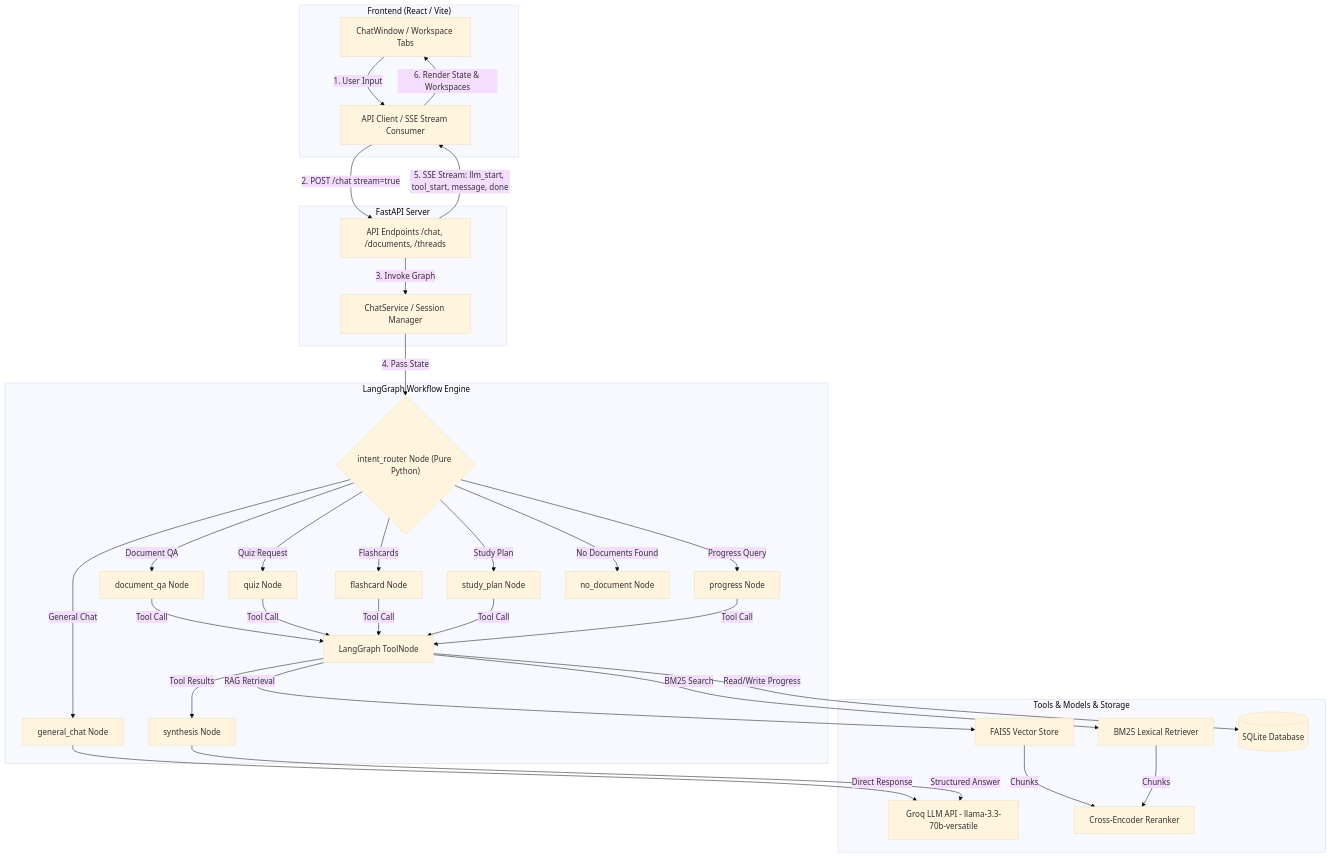
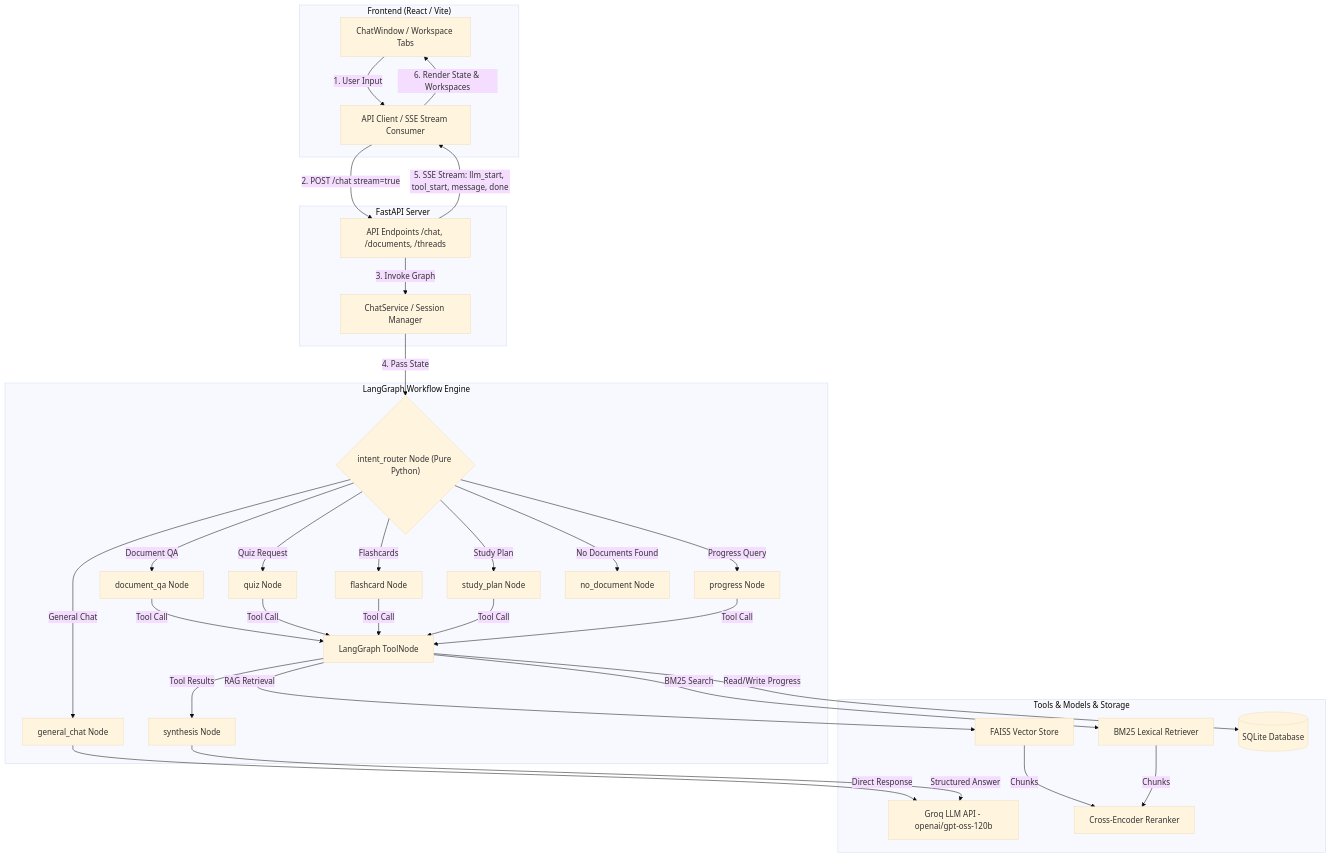
One commit to KeerthiSingamsetti/ai-study-companion changed the first of 4 diagrams in PROJECT_ARCHITECTURE.md. Above: the diagram before and after it, drawn with Mermaid (base theme). The commit also changed other lines of this file and 74 other files, not shown here.

````diff
--- a/PROJECT_ARCHITECTURE.md
+++ b/PROJECT_ARCHITECTURE.md
@@ -41,66 +41,66 @@
 ```mermaid
 flowchart TD
     subgraph Client ["Frontend (React / Vite)"]
         UI[ChatWindow / Workspace Tabs]
         ClientAPI[API Client / SSE Stream Consumer]
     end
 
     subgraph Backend ["FastAPI Server"]
         Router[API Endpoints /chat, /documents, /threads]
         ChatService[ChatService / Session Manager]
     end
 
     subgraph Graph ["LangGraph Workflow Engine"]
         IntentRouter{"intent_router Node (Pure Python)"}
         
         BranchGeneral[general_chat Node]
         BranchDoc[document_qa Node]
         BranchQuiz[quiz Node]
         BranchFlash[flashcard Node]
         BranchPlan[study_plan Node]
         BranchProg[progress Node]
         BranchNoDoc[no_document Node]
 
         ToolNode[LangGraph ToolNode]
         Synthesis[synthesis Node]
     end
 
     subgraph External ["Tools & Models & Storage"]
-        Groq[Groq LLM API - llama-3.3-70b-versatile]
+        Groq[Groq LLM API - openai/gpt-oss-120b]
         FAISS[FAISS Vector Store]
         BM25[BM25 Lexical Retriever]
         Reranker[Cross-Encoder Reranker]
         DB[(SQLite Database)]
     end
 
     UI -->|1. User Input| ClientAPI
     ClientAPI -->|2. POST /chat stream=true| Router
     Router -->|3. Invoke Graph| ChatService
     ChatService -->|4. Pass State| IntentRouter
 
     IntentRouter -->|General Chat| BranchGeneral
     IntentRouter -->|Document QA| BranchDoc
     IntentRouter -->|Quiz Request| BranchQuiz
     IntentRouter -->|Flashcards| BranchFlash
     IntentRouter -->|Study Plan| BranchPlan
     IntentRouter -->|Progress Query| BranchProg
     IntentRouter -->|No Documents Found| BranchNoDoc
 
     BranchDoc -->|Tool Call| ToolNode
     BranchQuiz -->|Tool Call| ToolNode
     BranchFlash -->|Tool Call| ToolNode
     BranchPlan -->|Tool Call| ToolNode
     BranchProg -->|Tool Call| ToolNode
 
     ToolNode -->|RAG Retrieval| FAISS
     ToolNode -->|BM25 Search| BM25
     FAISS & BM25 -->|Chunks| Reranker
     ToolNode -->|Read/Write Progress| DB
 
     ToolNode -->|Tool Results| Synthesis
     BranchGeneral -->|Direct Response| Groq
     Synthesis -->|Structured Answer| Groq
 
     Router -->|5. SSE Stream: llm_start, tool_start, message, done| ClientAPI
     ClientAPI -->|6. Render State & Workspaces| UI
 ```
````
